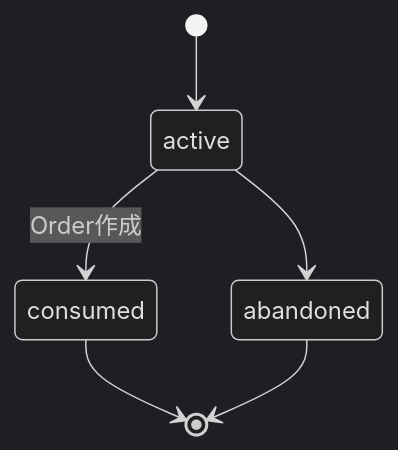
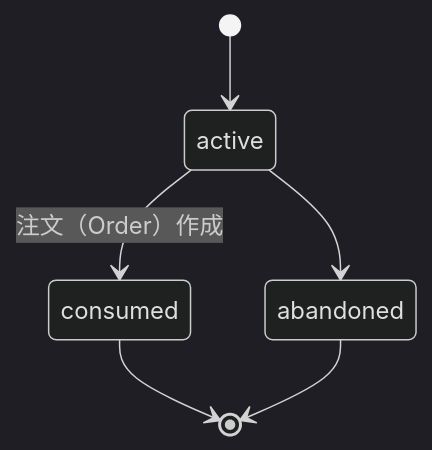
The eighth of 8 diagrams in docs/03_domain/state_transitions.md (ryu-yoshikawa-pro-vision/qa-training-store), drawn with Mermaid (dark theme) before and after one commit. The commit also changed other lines of this file and 125 other files, not shown here.

````diff
--- a/docs/03_domain/state_transitions.md
+++ b/docs/03_domain/state_transitions.md
@@ -94,8 +94,8 @@
 ```mermaid
 stateDiagram-v2
   [*] --> active
-  active --> consumed: Order作成
+  active --> consumed: 注文（Order）作成
   active --> abandoned
   consumed --> [*]
   abandoned --> [*]
 ```
````
